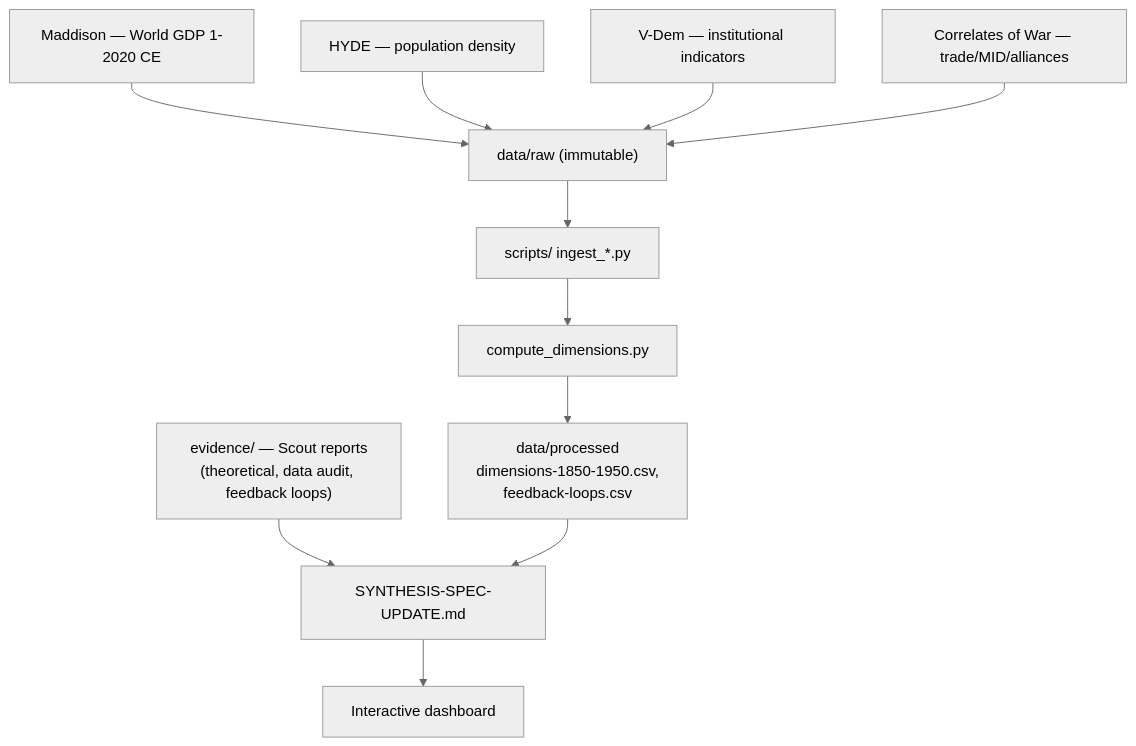
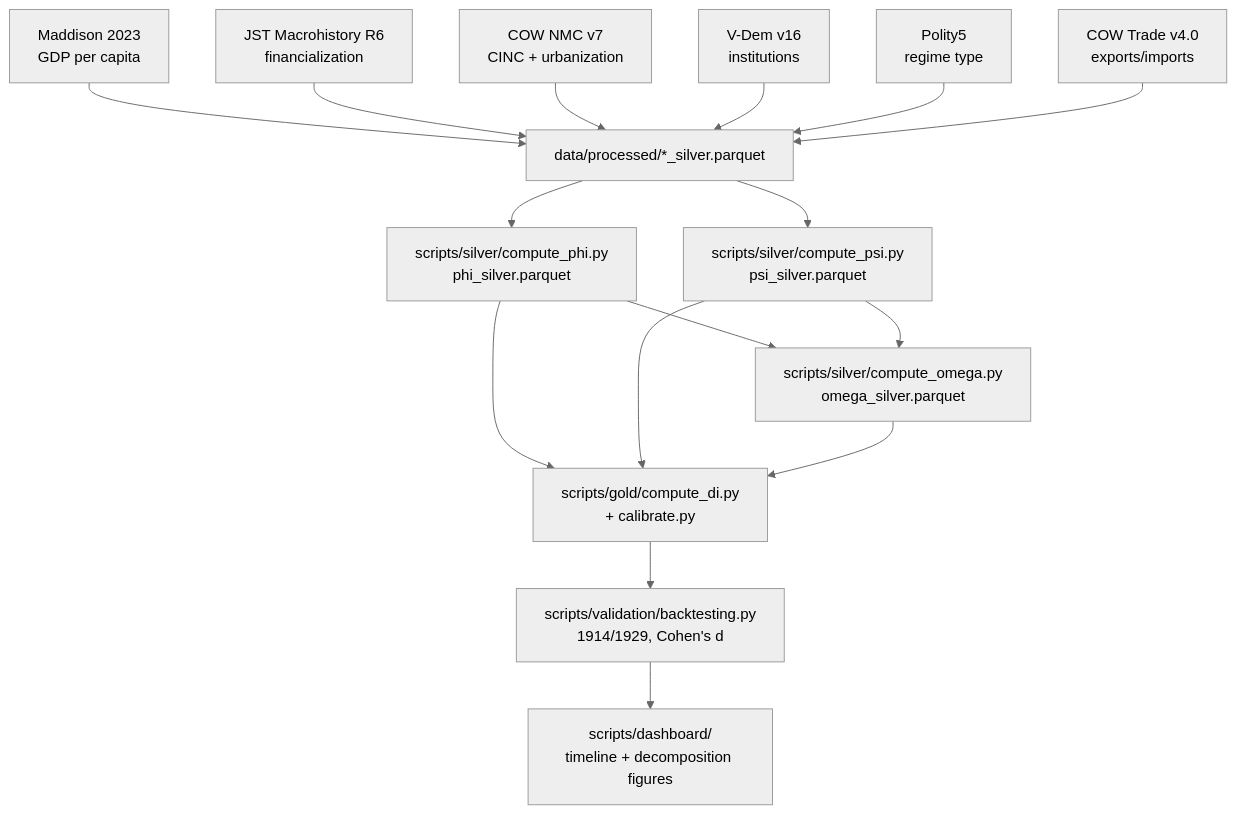
The diagram in README.md (andrm101/spengler-wallerstein-dashboard), drawn with Mermaid (neutral theme) before and after one commit. The commit also changed other lines of this file, not shown here.

````diff
--- a/README.md
+++ b/README.md
@@ -11,13 +31,18 @@
 ```mermaid
 flowchart TD
-    Maddison["Maddison — World GDP 1-2020 CE"] --> Raw["data/raw (immutable)"]
-    Hyde["HYDE — population density"] --> Raw
-    VDem["V-Dem — institutional indicators"] --> Raw
-    COW["Correlates of War — trade/MID/alliances"] --> Raw
-    Raw --> Ingest["scripts/ ingest_*.py"]
-    Ingest --> Dimensions["compute_dimensions.py"]
-    Dimensions --> Processed["data/processed<br/>dimensions-1850-1950.csv,<br/>feedback-loops.csv"]
-    Evidence["evidence/ — Scout reports<br/>(theoretical, data audit, feedback loops)"] --> Synthesis["SYNTHESIS-SPEC-UPDATE.md"]
-    Processed --> Synthesis
-    Synthesis --> Dashboard["Interactive dashboard"]
+    Maddison["Maddison 2023<br/>GDP per capita"] --> Bronze["data/processed/*_silver.parquet"]
+    JST["JST Macrohistory R6<br/>financialization"] --> Bronze
+    NMC["COW NMC v7<br/>CINC + urbanization"] --> Bronze
+    VDem["V-Dem v16<br/>institutions"] --> Bronze
+    Polity["Polity5<br/>regime type"] --> Bronze
+    COWTrade["COW Trade v4.0<br/>exports/imports"] --> Bronze
+    Bronze --> Phi["scripts/silver/compute_phi.py<br/>phi_silver.parquet"]
+    Bronze --> Psi["scripts/silver/compute_psi.py<br/>psi_silver.parquet"]
+    Phi --> Omega["scripts/silver/compute_omega.py<br/>omega_silver.parquet"]
+    Psi --> Omega
+    Phi --> Gold["scripts/gold/compute_di.py<br/>+ calibrate.py"]
+    Psi --> Gold
+    Omega --> Gold
+    Gold --> Backtest["scripts/validation/backtesting.py<br/>1914/1929, Cohen's d"]
+    Backtest --> Dashboard["scripts/dashboard/<br/>timeline + decomposition figures"]
 ```
````
